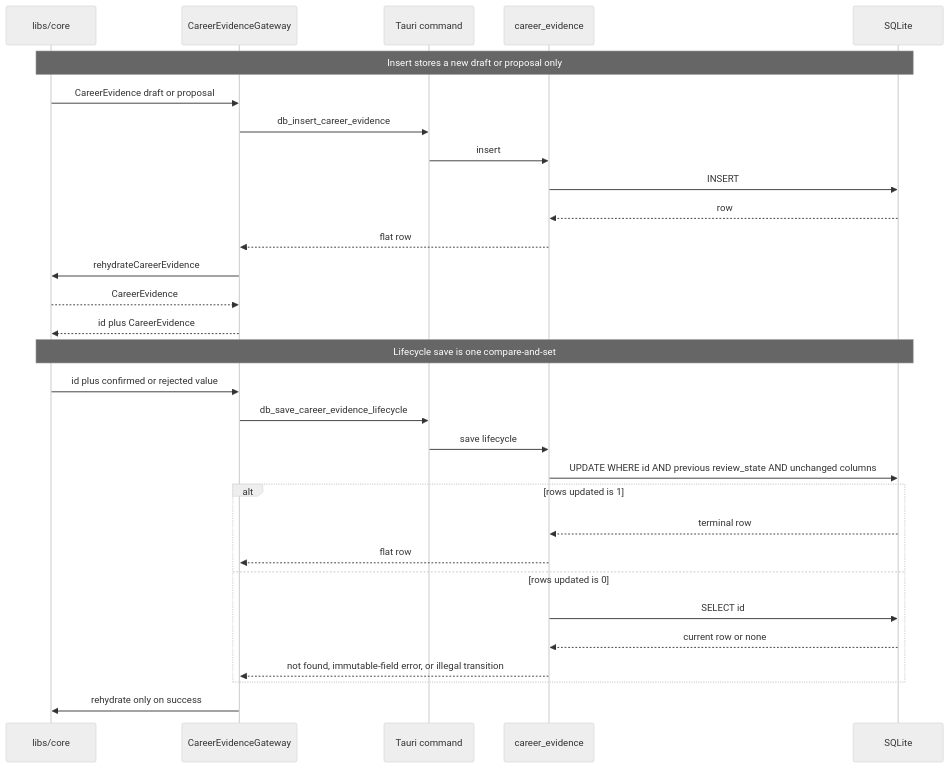
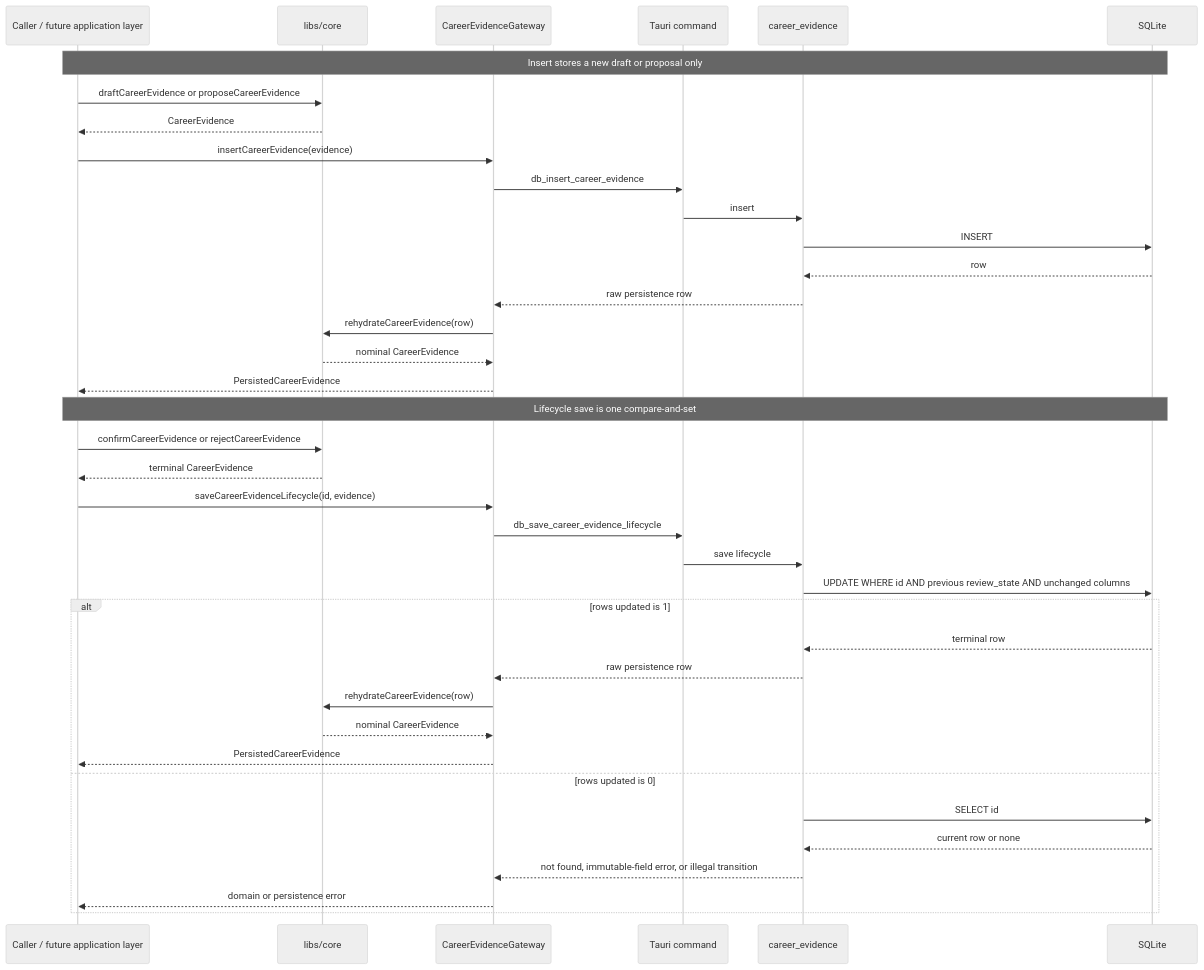
Before and after one commit to vitala89/applye: the diagram in docs/designs/career-evidence-desktop-persistence/sequence.mmd, drawn with Mermaid (neutral theme). The commit also changed 3 other files, not shown here.

First line of the commit message:
docs: show the persistence caller outside core

```diff
--- a/docs/designs/career-evidence-desktop-persistence/sequence.mmd
+++ b/docs/designs/career-evidence-desktop-persistence/sequence.mmd
@@ -1,32 +1,40 @@
 sequenceDiagram
+  participant Caller as Caller / future application layer
   participant Core as libs/core
   participant Gateway as CareerEvidenceGateway
   participant Cmd as Tauri command
   participant Rust as career_evidence
   participant DB as SQLite
 
-  Note over Core,DB: Insert stores a new draft or proposal only
-  Core->>Gateway: CareerEvidence draft or proposal
+  Note over Caller,DB: Insert stores a new draft or proposal only
+  Caller->>Core: draftCareerEvidence or proposeCareerEvidence
+  Core-->>Caller: CareerEvidence
+  Caller->>Gateway: insertCareerEvidence(evidence)
   Gateway->>Cmd: db_insert_career_evidence
   Cmd->>Rust: insert
   Rust->>DB: INSERT
   DB-->>Rust: row
-  Rust-->>Gateway: flat row
-  Gateway->>Core: rehydrateCareerEvidence
-  Core-->>Gateway: CareerEvidence
-  Gateway-->>Core: id plus CareerEvidence
+  Rust-->>Gateway: raw persistence row
+  Gateway->>Core: rehydrateCareerEvidence(row)
+  Core-->>Gateway: nominal CareerEvidence
+  Gateway-->>Caller: PersistedCareerEvidence
 
-  Note over Core,DB: Lifecycle save is one compare-and-set
-  Core->>Gateway: id plus confirmed or rejected value
+  Note over Caller,DB: Lifecycle save is one compare-and-set
+  Caller->>Core: confirmCareerEvidence or rejectCareerEvidence
+  Core-->>Caller: terminal CareerEvidence
+  Caller->>Gateway: saveCareerEvidenceLifecycle(id, evidence)
   Gateway->>Cmd: db_save_career_evidence_lifecycle
   Cmd->>Rust: save lifecycle
   Rust->>DB: UPDATE WHERE id AND previous review_state AND unchanged columns
   alt rows updated is 1
     DB-->>Rust: terminal row
-    Rust-->>Gateway: flat row
+    Rust-->>Gateway: raw persistence row
+    Gateway->>Core: rehydrateCareerEvidence(row)
+    Core-->>Gateway: nominal CareerEvidence
+    Gateway-->>Caller: PersistedCareerEvidence
   else rows updated is 0
     Rust->>DB: SELECT id
     DB-->>Rust: current row or none
     Rust-->>Gateway: not found, immutable-field error, or illegal transition
+    Gateway-->>Caller: domain or persistence error
   end
-  Gateway->>Core: rehydrate only on success
```
